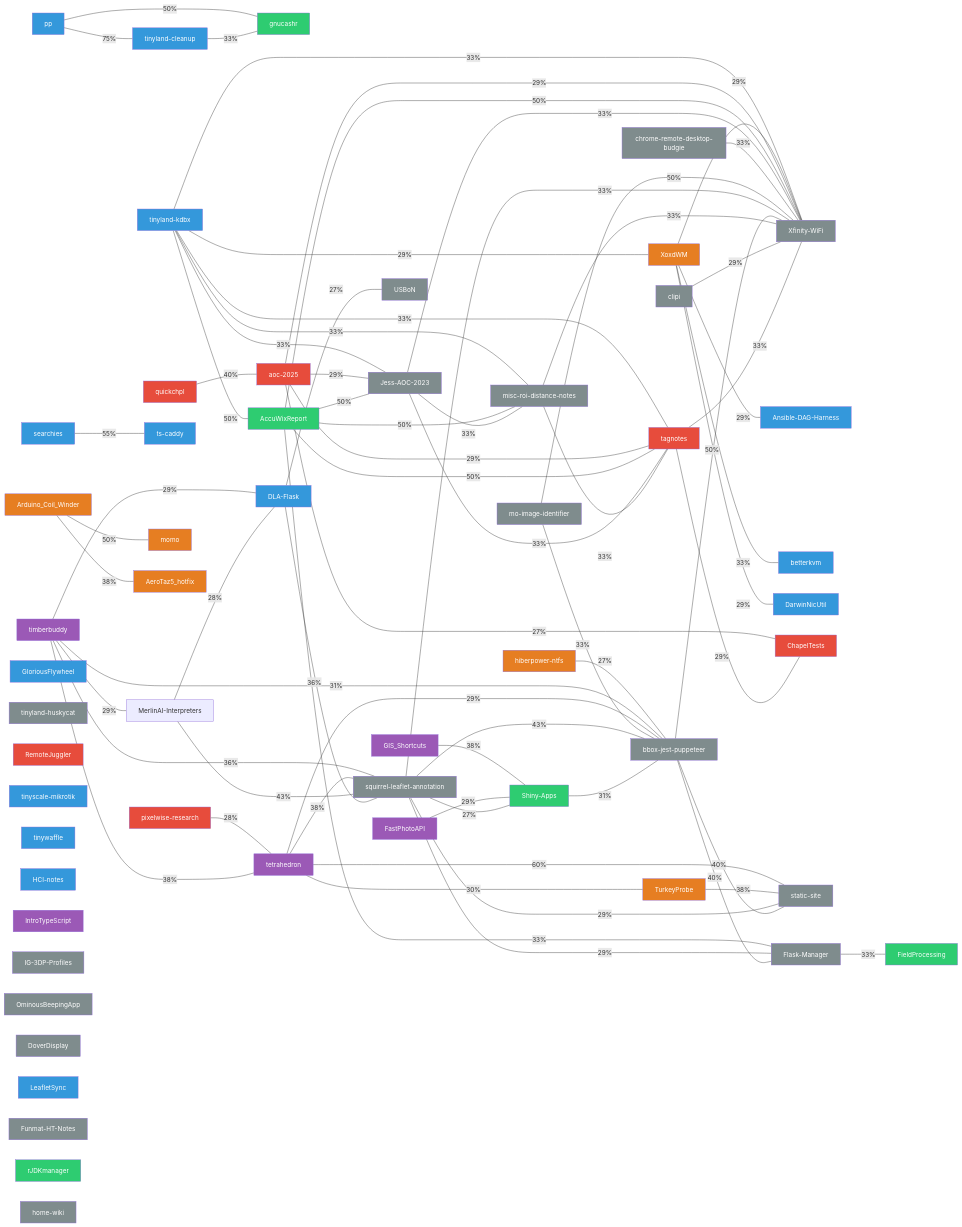
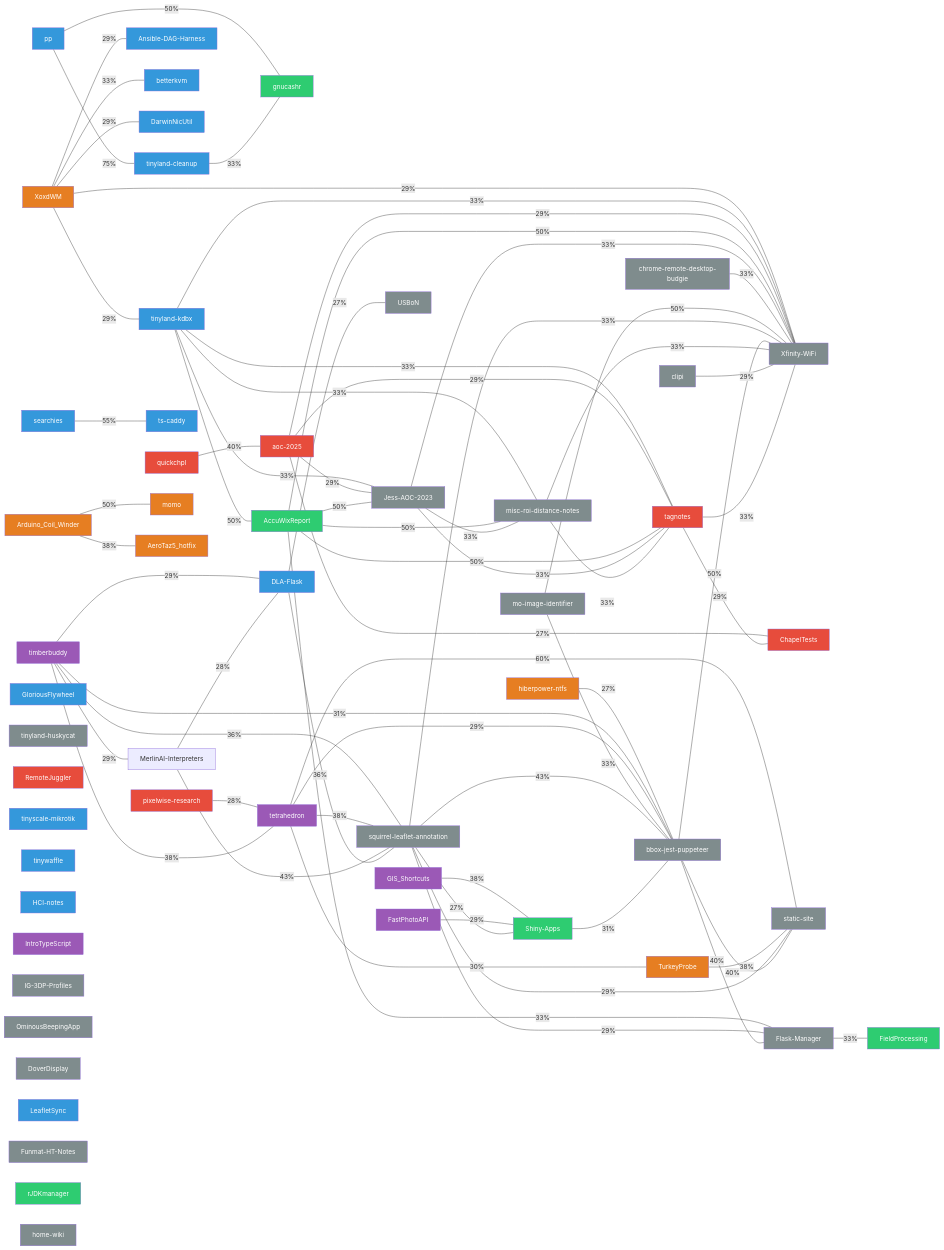
Before and after one commit to Jesssullivan/Jesssullivan: the diagram in repo-graph.mmd, drawn with Mermaid. The commit also changed 12 other files, not shown here.

```diff
--- a/repo-graph.mmd
+++ b/repo-graph.mmd
@@ -1,93 +1,93 @@
 graph LR
+    XoxdWM["XoxdWM"] ---|29%| tinyland_kdbx["tinyland-kdbx"]
+    XoxdWM["XoxdWM"] ---|29%| Ansible_DAG_Harness["Ansible-DAG-Harness"]
+    XoxdWM["XoxdWM"] ---|33%| betterkvm["betterkvm"]
+    XoxdWM["XoxdWM"] ---|29%| DarwinNicUtil["DarwinNicUtil"]
+    XoxdWM["XoxdWM"] ---|29%| Xfinity_WiFi["Xfinity-WiFi"]
     pp["pp"] ---|75%| tinyland_cleanup["tinyland-cleanup"]
     pp["pp"] ---|50%| gnucashr["gnucashr"]
     GIS_Shortcuts["GIS_Shortcuts"] ---|38%| Shiny_Apps["Shiny-Apps"]
     tinyland_cleanup["tinyland-cleanup"] ---|33%| gnucashr["gnucashr"]
-    tinyland_kdbx["tinyland-kdbx"] ---|29%| XoxdWM["XoxdWM"]
     tinyland_kdbx["tinyland-kdbx"] ---|50%| AccuWixReport["AccuWixReport"]
     tinyland_kdbx["tinyland-kdbx"] ---|33%| Jess_AOC_2023["Jess-AOC-2023"]
     tinyland_kdbx["tinyland-kdbx"] ---|33%| misc_roi_distance_notes["misc-roi-distance-notes"]
     tinyland_kdbx["tinyland-kdbx"] ---|33%| tagnotes["tagnotes"]
     tinyland_kdbx["tinyland-kdbx"] ---|33%| Xfinity_WiFi["Xfinity-WiFi"]
-    XoxdWM["XoxdWM"] ---|29%| Ansible_DAG_Harness["Ansible-DAG-Harness"]
-    XoxdWM["XoxdWM"] ---|33%| betterkvm["betterkvm"]
-    XoxdWM["XoxdWM"] ---|29%| DarwinNicUtil["DarwinNicUtil"]
-    XoxdWM["XoxdWM"] ---|29%| Xfinity_WiFi["Xfinity-WiFi"]
     hiberpower_ntfs["hiberpower-ntfs"] ---|27%| bbox_jest_puppeteer["bbox-jest-puppeteer"]
     pixelwise_research["pixelwise-research"] ---|28%| tetrahedron["tetrahedron"]
     quickchpl["quickchpl"] ---|40%| aoc_2025["aoc-2025"]
     aoc_2025["aoc-2025"] ---|29%| Jess_AOC_2023["Jess-AOC-2023"]
     aoc_2025["aoc-2025"] ---|29%| tagnotes["tagnotes"]
     aoc_2025["aoc-2025"] ---|27%| ChapelTests["ChapelTests"]
     aoc_2025["aoc-2025"] ---|29%| Xfinity_WiFi["Xfinity-WiFi"]
     searchies["searchies"] ---|55%| ts_caddy["ts-caddy"]
     FastPhotoAPI["FastPhotoAPI"] ---|29%| Shiny_Apps["Shiny-Apps"]
     timberbuddy["timberbuddy"] ---|38%| tetrahedron["tetrahedron"]
     timberbuddy["timberbuddy"] ---|29%| MerlinAI_Interpreters["MerlinAI-Interpreters"]
     timberbuddy["timberbuddy"] ---|29%| DLA_Flask["DLA-Flask"]
     timberbuddy["timberbuddy"] ---|36%| squirrel_leaflet_annotation["squirrel-leaflet-annotation"]
     timberbuddy["timberbuddy"] ---|31%| bbox_jest_puppeteer["bbox-jest-puppeteer"]
     tetrahedron["tetrahedron"] ---|30%| TurkeyProbe["TurkeyProbe"]
     tetrahedron["tetrahedron"] ---|38%| squirrel_leaflet_annotation["squirrel-leaflet-annotation"]
     tetrahedron["tetrahedron"] ---|29%| bbox_jest_puppeteer["bbox-jest-puppeteer"]
     tetrahedron["tetrahedron"] ---|60%| static_site["static-site"]
     AccuWixReport["AccuWixReport"] ---|50%| Jess_AOC_2023["Jess-AOC-2023"]
     AccuWixReport["AccuWixReport"] ---|50%| misc_roi_distance_notes["misc-roi-distance-notes"]
     AccuWixReport["AccuWixReport"] ---|33%| Flask_Manager["Flask-Manager"]
     AccuWixReport["AccuWixReport"] ---|50%| tagnotes["tagnotes"]
     AccuWixReport["AccuWixReport"] ---|50%| Xfinity_WiFi["Xfinity-WiFi"]
     Jess_AOC_2023["Jess-AOC-2023"] ---|33%| misc_roi_distance_notes["misc-roi-distance-notes"]
     Jess_AOC_2023["Jess-AOC-2023"] ---|33%| tagnotes["tagnotes"]
     Jess_AOC_2023["Jess-AOC-2023"] ---|33%| Xfinity_WiFi["Xfinity-WiFi"]
     TurkeyProbe["TurkeyProbe"] ---|38%| static_site["static-site"]
     MerlinAI_Interpreters["MerlinAI-Interpreters"] ---|28%| DLA_Flask["DLA-Flask"]
     MerlinAI_Interpreters["MerlinAI-Interpreters"] ---|43%| squirrel_leaflet_annotation["squirrel-leaflet-annotation"]
     DLA_Flask["DLA-Flask"] ---|27%| USBoN["USBoN"]
     DLA_Flask["DLA-Flask"] ---|36%| squirrel_leaflet_annotation["squirrel-leaflet-annotation"]
     chrome_remote_desktop_budgie["chrome-remote-desktop-budgie"] ---|33%| Xfinity_WiFi["Xfinity-WiFi"]
     mo_image_identifier["mo-image-identifier"] ---|33%| bbox_jest_puppeteer["bbox-jest-puppeteer"]
     mo_image_identifier["mo-image-identifier"] ---|50%| Xfinity_WiFi["Xfinity-WiFi"]
     squirrel_leaflet_annotation["squirrel-leaflet-annotation"] ---|27%| Shiny_Apps["Shiny-Apps"]
     squirrel_leaflet_annotation["squirrel-leaflet-annotation"] ---|43%| bbox_jest_puppeteer["bbox-jest-puppeteer"]
     squirrel_leaflet_annotation["squirrel-leaflet-annotation"] ---|29%| static_site["static-site"]
     squirrel_leaflet_annotation["squirrel-leaflet-annotation"] ---|29%| Flask_Manager["Flask-Manager"]
     squirrel_leaflet_annotation["squirrel-leaflet-annotation"] ---|33%| Xfinity_WiFi["Xfinity-WiFi"]
     Shiny_Apps["Shiny-Apps"] ---|31%| bbox_jest_puppeteer["bbox-jest-puppeteer"]
     bbox_jest_puppeteer["bbox-jest-puppeteer"] ---|40%| static_site["static-site"]
     bbox_jest_puppeteer["bbox-jest-puppeteer"] ---|40%| Flask_Manager["Flask-Manager"]
     bbox_jest_puppeteer["bbox-jest-puppeteer"] ---|50%| Xfinity_WiFi["Xfinity-WiFi"]
     misc_roi_distance_notes["misc-roi-distance-notes"] ---|33%| tagnotes["tagnotes"]
     misc_roi_distance_notes["misc-roi-distance-notes"] ---|33%| Xfinity_WiFi["Xfinity-WiFi"]
     Arduino_Coil_Winder["Arduino_Coil_Winder"] ---|50%| momo["momo"]
     Arduino_Coil_Winder["Arduino_Coil_Winder"] ---|38%| AeroTaz5_hotfix["AeroTaz5_hotfix"]
     clipi["clipi"] ---|29%| Xfinity_WiFi["Xfinity-WiFi"]
     Flask_Manager["Flask-Manager"] ---|33%| FieldProcessing["FieldProcessing"]
     tagnotes["tagnotes"] ---|29%| ChapelTests["ChapelTests"]
     tagnotes["tagnotes"] ---|33%| Xfinity_WiFi["Xfinity-WiFi"]
     GloriousFlywheel["GloriousFlywheel"]
     tinyland_huskycat["tinyland-huskycat"]
     RemoteJuggler["RemoteJuggler"]
     tinyscale_mikrotik["tinyscale-mikrotik"]
     tinywaffle["tinywaffle"]
     HCI_notes["HCI-notes"]
     IntroTypeScript["IntroTypeScript"]
     IG_3DP_Profiles["IG-3DP-Profiles"]
     OminousBeepingApp["OminousBeepingApp"]
     DoverDisplay["DoverDisplay"]
     LeafletSync["LeafletSync"]
     Funmat_HT_Notes["Funmat-HT-Notes"]
     rJDKmanager["rJDKmanager"]
     home_wiki["home-wiki"]
 
     classDef languages_compilers fill:#e74c3c,color:#fff
     class RemoteJuggler,pixelwise_research,quickchpl,aoc_2025,tagnotes,ChapelTests languages_compilers
     classDef infrastructure_devops fill:#3498db,color:#fff
     class pp,GloriousFlywheel,tinyland_cleanup,tinyland_kdbx,Ansible_DAG_Harness,betterkvm,DarwinNicUtil,tinyscale_mikrotik,tinywaffle,searchies,ts_caddy,HCI_notes,DLA_Flask,LeafletSync infrastructure_devops
     classDef hardware_maker fill:#e67e22,color:#fff
     class XoxdWM,hiberpower_ntfs,TurkeyProbe,Arduino_Coil_Winder,momo,AeroTaz5_hotfix hardware_maker
     classDef ml_data fill:#2ecc71,color:#fff
     class gnucashr,AccuWixReport,Shiny_Apps,FieldProcessing,rJDKmanager ml_data
     classDef web_apps fill:#9b59b6,color:#fff
     class GIS_Shortcuts,FastPhotoAPI,timberbuddy,tetrahedron,IntroTypeScript web_apps
     classDef other fill:#7f8c8d,color:#fff
     class tinyland_huskycat,Jess_AOC_2023,IG_3DP_Profiles,USBoN,chrome_remote_desktop_budgie,OminousBeepingApp,mo_image_identifier,squirrel_leaflet_annotation,bbox_jest_puppeteer,DoverDisplay,misc_roi_distance_notes,clipi,Funmat_HT_Notes,static_site,Flask_Manager,Xfinity_WiFi,home_wiki other
```
